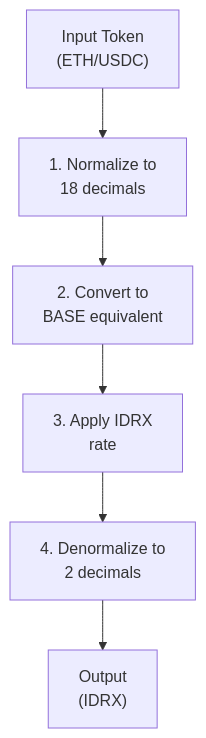
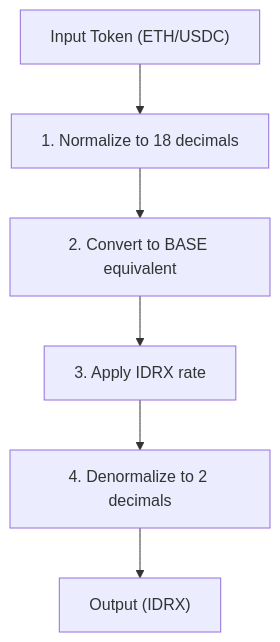
Before and after one commit to CrowdFUNding-Base/SC: the third of 5 diagrams in pitching/architecture/smart-contract-architecture.md, drawn with Mermaid. The commit also changed other lines of this file and 1 other file, not shown here.

````diff
--- a/pitching/architecture/smart-contract-architecture.md
+++ b/pitching/architecture/smart-contract-architecture.md
@@ -178,8 +178,8 @@
 ```mermaid
 flowchart TB
-    Input["Input Token\n(ETH/USDC)"] --> Normalize["1. Normalize to\n18 decimals"]
-    Normalize --> Convert["2. Convert to\nBASE equivalent"]
-    Convert --> Apply["3. Apply IDRX\nrate"]
-    Apply --> Denormalize["4. Denormalize to\n2 decimals"]
-    Denormalize --> Output["Output\n(IDRX)"]
+    Input["Input Token (ETH/USDC)"] --> Normalize["1. Normalize to 18 decimals"]
+    Normalize --> Convert["2. Convert to BASE equivalent"]
+    Convert --> Apply["3. Apply IDRX rate"]
+    Apply --> Denormalize["4. Denormalize to 2 decimals"]
+    Denormalize --> Output["Output (IDRX)"]
 ```
````
